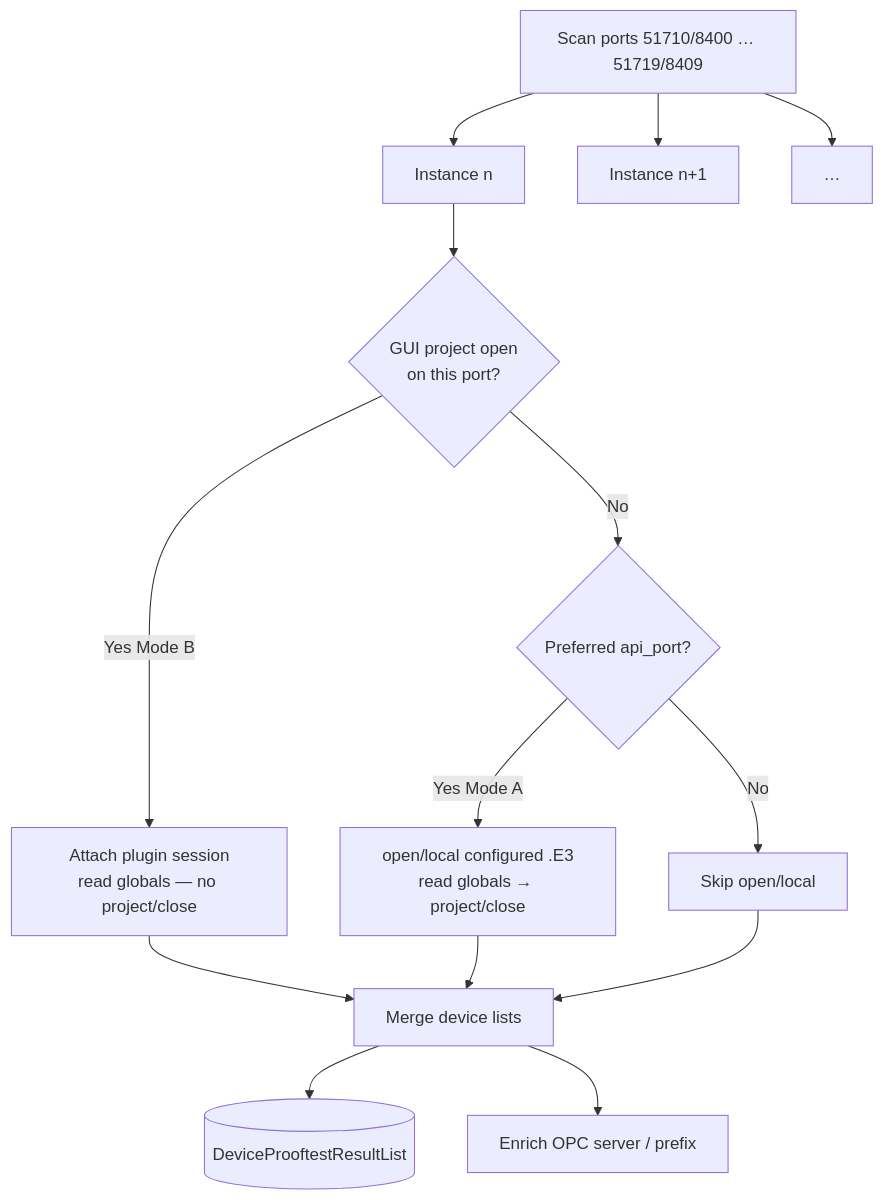
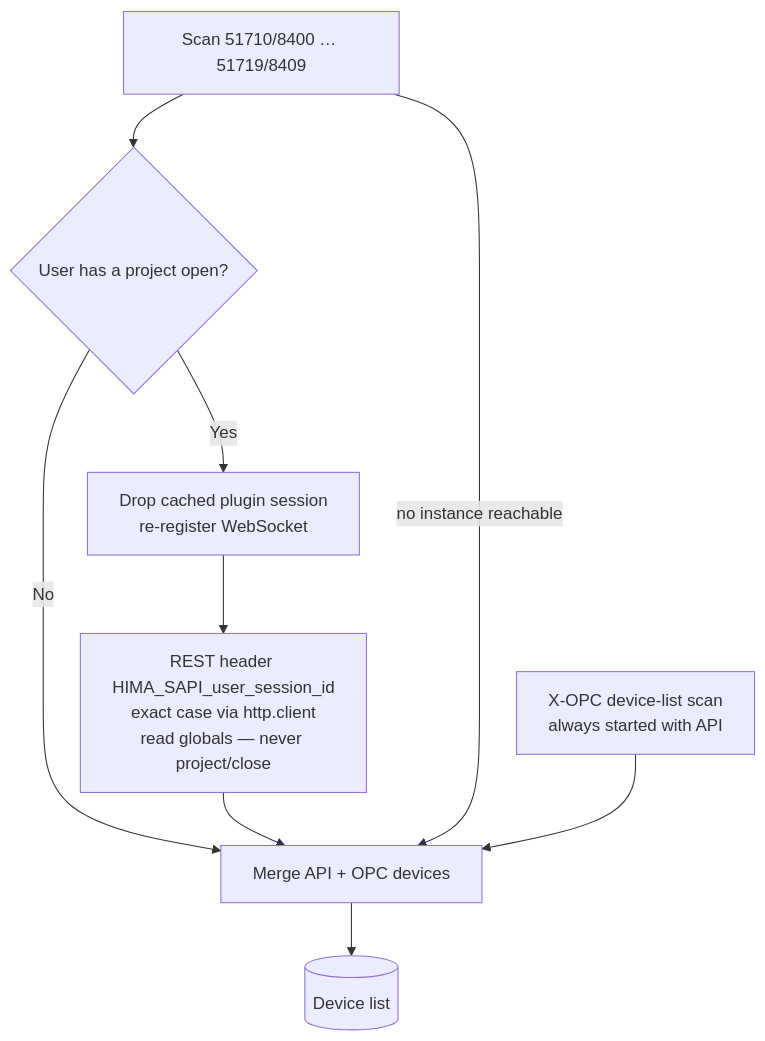
One commit to D-Mouna/Prooftest-Reporting-solution changed the sixth of 11 diagrams in Specifications/HIMA-Prooftest-Architecture-Mermaid.md. Above: the diagram before and after it, drawn with Mermaid. The commit also changed other lines of this file and 200 other files, not shown here.

Commit message:
Show per-device source in the list (OPC ProgID or SILworX project) and keep SPEC 1.60 / code 1.63 in sync.

````diff
--- a/Specifications/HIMA-Prooftest-Architecture-Mermaid.md
+++ b/Specifications/HIMA-Prooftest-Architecture-Mermaid.md
@@ -163,20 +162,13 @@
 ```mermaid
 flowchart TB
-  SCAN["Scan ports 51710/8400 … 51719/8409"]
-
-  SCAN --> I0["Instance n"]
-  SCAN --> I1["Instance n+1"]
-  SCAN --> IN["…"]
-
-  I0 --> Q{"GUI project open<br/>on this port?"}
-  Q -->|Yes Mode B| ATT["Attach plugin session<br/>read globals — no project/close"]
-  Q -->|No| P{"Preferred api_port?"}
-  P -->|Yes Mode A| OL["open/local configured .E3<br/>read globals → project/close"]
-  P -->|No| SKIP["Skip open/local"]
-
-  ATT --> MERGE["Merge device lists"]
-  OL --> MERGE
-  SKIP --> MERGE
-  MERGE --> DB[(DeviceProoftestResultList)]
-  MERGE --> OPC["Enrich OPC server / prefix"]
+  SCAN["Scan 51710/8400 … 51719/8409"]
+  OPC[X-OPC device-list scan<br/>always started with API]
+  SCAN --> Q{"User has a project open?"}
+  Q -->|Yes| FRESH["Drop cached plugin session<br/>re-register WebSocket"]
+  FRESH --> ATT["REST header HIMA_SAPI_user_session_id<br/>exact case via http.client<br/>read globals — never project/close"]
+  Q -->|No| MERGE
+  ATT --> MERGE[Merge API + OPC devices]
+  SCAN -->|no instance reachable| MERGE
+  OPC --> MERGE
+  MERGE --> DB[(Device list)]
 ```
````
